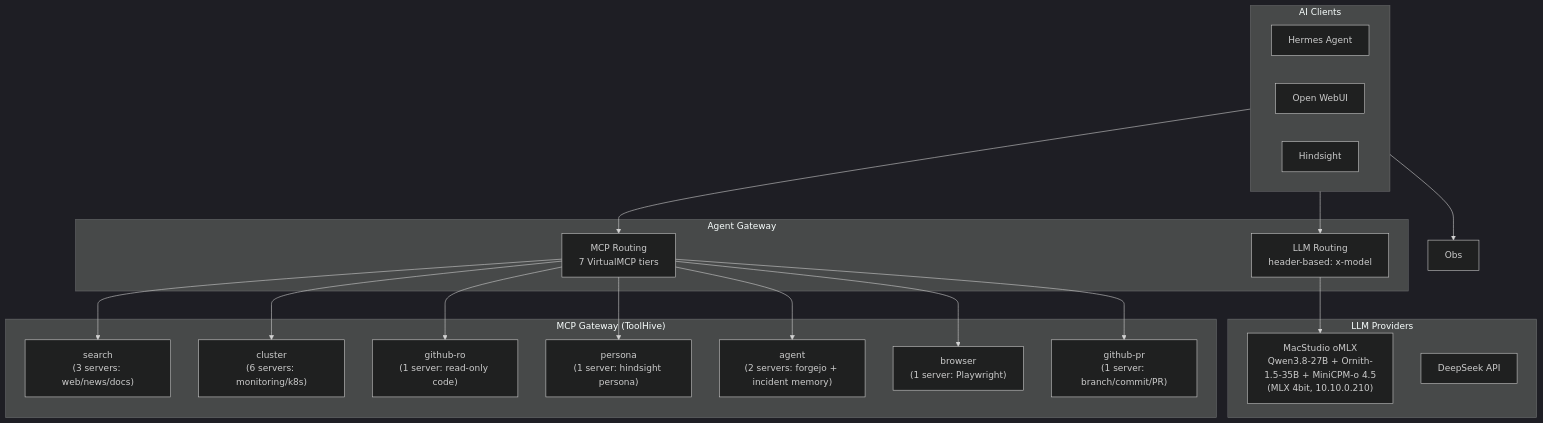
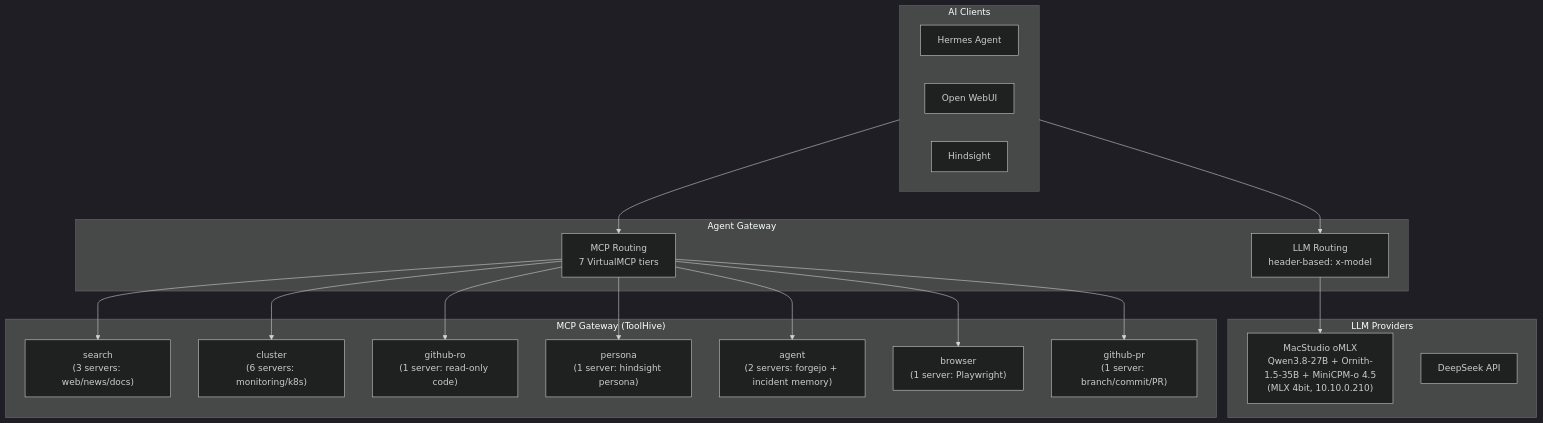
One commit to soulwhisper/home-ops changed the diagram in docs/application/ai.md. Above: the diagram before and after it, drawn with Mermaid (dark theme). The commit also changed 4 other files, not shown here.

````diff
--- a/docs/application/ai.md
+++ b/docs/application/ai.md
@@ -8,41 +8,40 @@
 ```mermaid
 flowchart TB
     subgraph Clients["AI Clients"]
         Hermes["Hermes Agent"]
         OWUI["Open WebUI"]
         HS["Hindsight"]
     end
 
     subgraph Gateway["Agent Gateway"]
         AG-LLM["LLM Routing<br/>header-based: x-model"]
         AG-MCP["MCP Routing<br/>7 VirtualMCP tiers"]
     end
 
     subgraph LLM["LLM Providers"]
         Studio["MacStudio oMLX<br/>Qwen3.8-27B + Ornith-1.5-35B + MiniCPM-o 4.5<br/>(MLX 4bit, 10.10.0.210)"]
         External["DeepSeek API"]
     end
 
     subgraph MCP["MCP Gateway (ToolHive)"]
         VMCP-SEARCH["search<br/>(3 servers: web/news/docs)"]
         VMCP-CLUSTER["cluster<br/>(6 servers: monitoring/k8s)"]
         VMCP-GITHUBRO["github-ro<br/>(1 server: read-only code)"]
         VMCP-HOME["persona<br/>(1 server: hindsight persona)"]
 
         VMCP-AGENT["agent<br/>(2 servers: forgejo + incident memory)"]
         VMCP-BROWSER["browser<br/>(1 server: Playwright)"]
         VMCP-GITHUBPR["github-pr<br/>(1 server: branch/commit/PR)"]
     end
 
     Clients --> AG-LLM
     Clients --> AG-MCP
     AG-LLM --> Studio
     AG-MCP --> VMCP-SEARCH
     AG-MCP --> VMCP-CLUSTER
     AG-MCP --> VMCP-GITHUBRO
     AG-MCP --> VMCP-HOME
     AG-MCP --> VMCP-AGENT
     AG-MCP --> VMCP-BROWSER
     AG-MCP --> VMCP-GITHUBPR
-    Clients --> Obs
 ```
````
